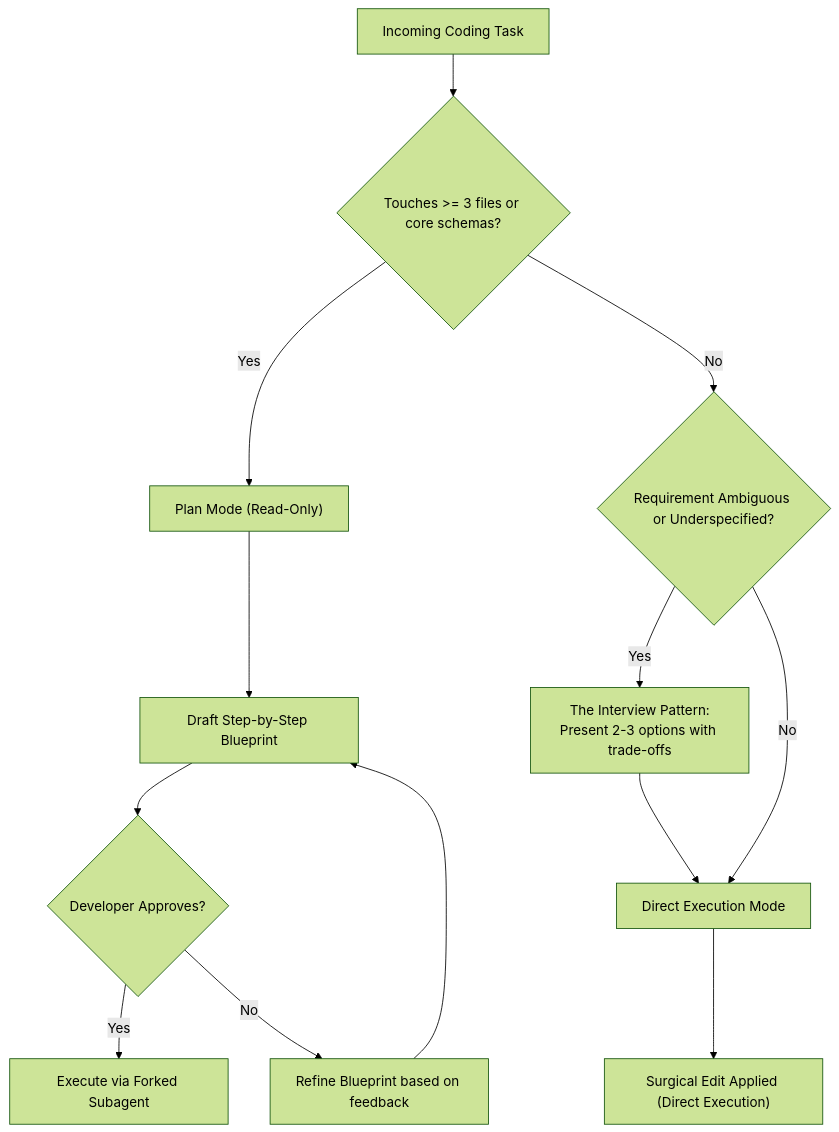
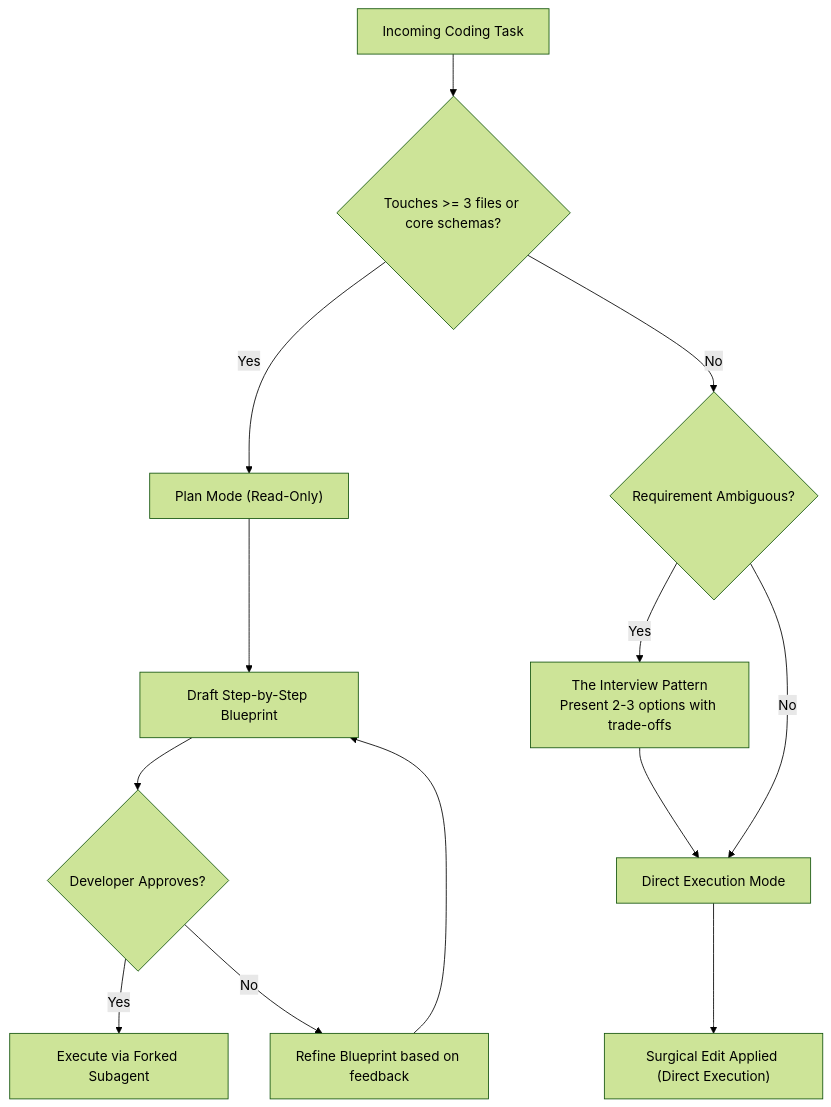
Before and after one commit to dip4k/claude_cert_architect_foundation_prep: the first of 6 diagrams in scenarios/MASTER_SCENARIO_PRACTICE.md, drawn with Mermaid (forest theme). The commit also changed other lines of this file and 30 other files, not shown here.

Commit message:
docs: enhance domain and scenario guides with exam rules, golden rules, and simplified GitHub mermaid diagrams

````diff
--- a/scenarios/MASTER_SCENARIO_PRACTICE.md
+++ b/scenarios/MASTER_SCENARIO_PRACTICE.md
@@ -39,17 +39,17 @@
 ```mermaid
 flowchart TD
     TaskStart["Incoming Coding Task"] --> ScopeCheck{"Touches >= 3 files or core schemas?"}
     
     ScopeCheck -- "Yes" --> PlanMode["Plan Mode (Read-Only)"]
     PlanMode --> DraftBlueprint["Draft Step-by-Step Blueprint"]
     DraftBlueprint --> UserApproval{"Developer Approves?"}
     UserApproval -- "Yes" --> ExecuteForked["Execute via Forked Subagent"]
     UserApproval -- "No" --> RefineBlueprint["Refine Blueprint based on feedback"]
     RefineBlueprint --> DraftBlueprint
     
-    ScopeCheck -- "No" --> AmbiguityCheck{"Requirement Ambiguous or Underspecified?"}
-    AmbiguityCheck -- "Yes" --> InterviewPattern["The Interview Pattern:<br/>Present 2-3 options with trade-offs"]
+    ScopeCheck -- "No" --> AmbiguityCheck{"Requirement Ambiguous?"}
+    AmbiguityCheck -- "Yes" --> InterviewPattern["The Interview Pattern<br/>Present 2-3 options with trade-offs"]
     InterviewPattern --> DirectMode["Direct Execution Mode"]
     AmbiguityCheck -- "No" --> DirectMode
     DirectMode --> SurgicalEdit["Surgical Edit Applied (Direct Execution)"]
 ```
````
